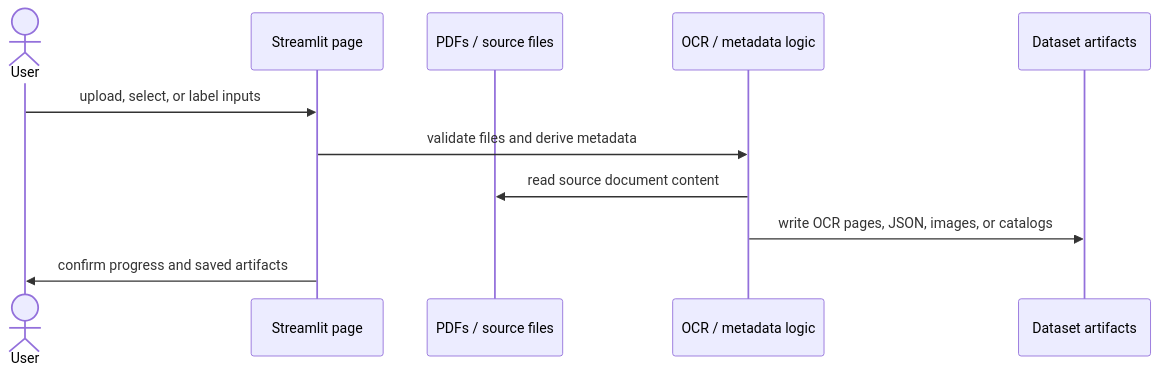
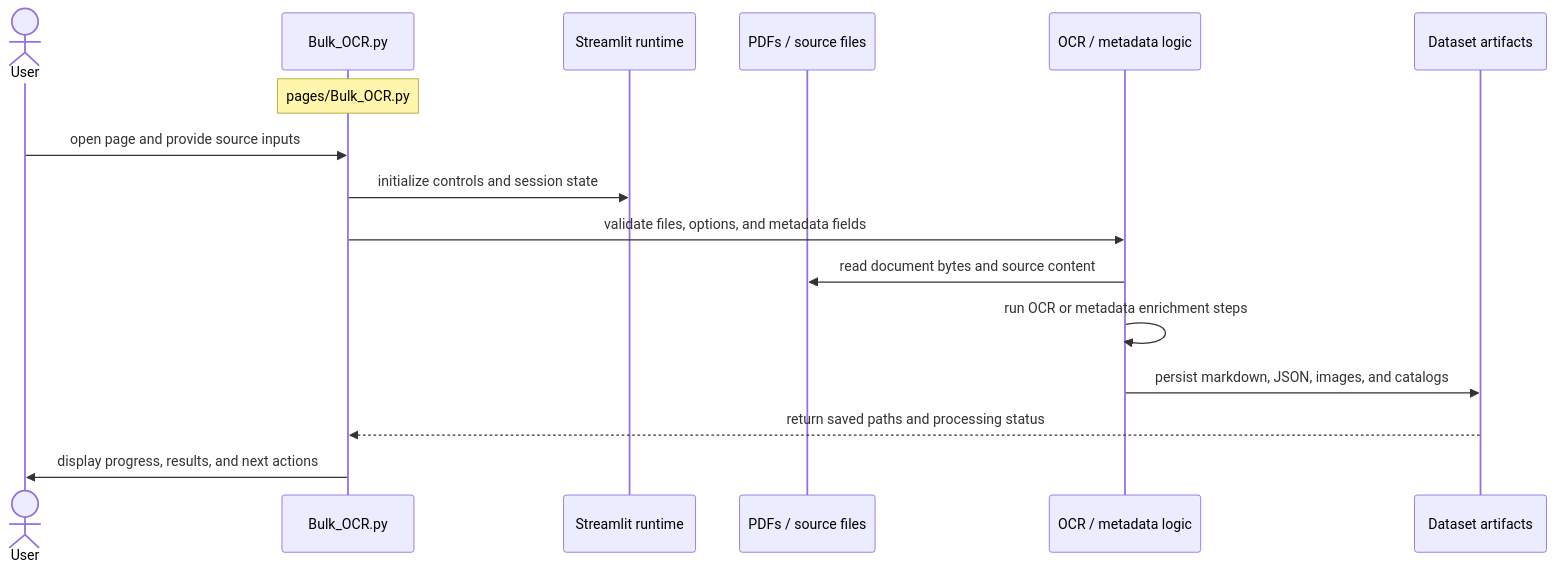
One commit to darisdzakwanhoesien2/benchmarks changed the diagram in new_page/documentation/streamlit_pages/mermaid_sequence_diagram/Bulk_OCR.md. Above: the diagram before and after it, drawn with Mermaid. The commit also changed other lines of this file and 49 other files, not shown here.

Commit message:
Adding Documentation with Mermaid Sequence Diagram

````diff
--- a/new_page/documentation/streamlit_pages/mermaid_sequence_diagram/Bulk_OCR.md
+++ b/new_page/documentation/streamlit_pages/mermaid_sequence_diagram/Bulk_OCR.md
@@ -7,13 +15,18 @@
 ```mermaid
 sequenceDiagram
     actor User as User
-    participant page as Streamlit page
+    participant page as Bulk_OCR.py
+    participant runtime as Streamlit runtime
     participant data as PDFs / source files
     participant compute as OCR / metadata logic
     participant output as Dataset artifacts
-    User->>page: upload, select, or label inputs
-    page->>compute: validate files and derive metadata
-    compute->>data: read source document content
-    compute->>output: write OCR pages, JSON, images, or catalogs
-    page->>User: confirm progress and saved artifacts
+    Note over page: pages/Bulk_OCR.py
+    User->>page: open page and provide source inputs
+    page->>runtime: initialize controls and session state
+    page->>compute: validate files, options, and metadata fields
+    compute->>data: read document bytes and source content
+    compute->>compute: run OCR or metadata enrichment steps
+    compute->>output: persist markdown, JSON, images, and catalogs
+    output-->>page: return saved paths and processing status
+    page->>User: display progress, results, and next actions
 ```
````
